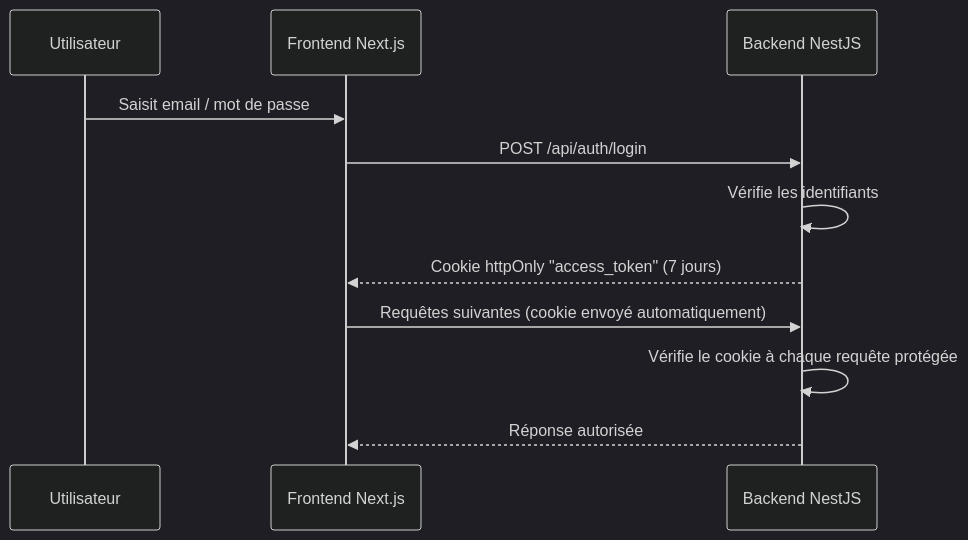
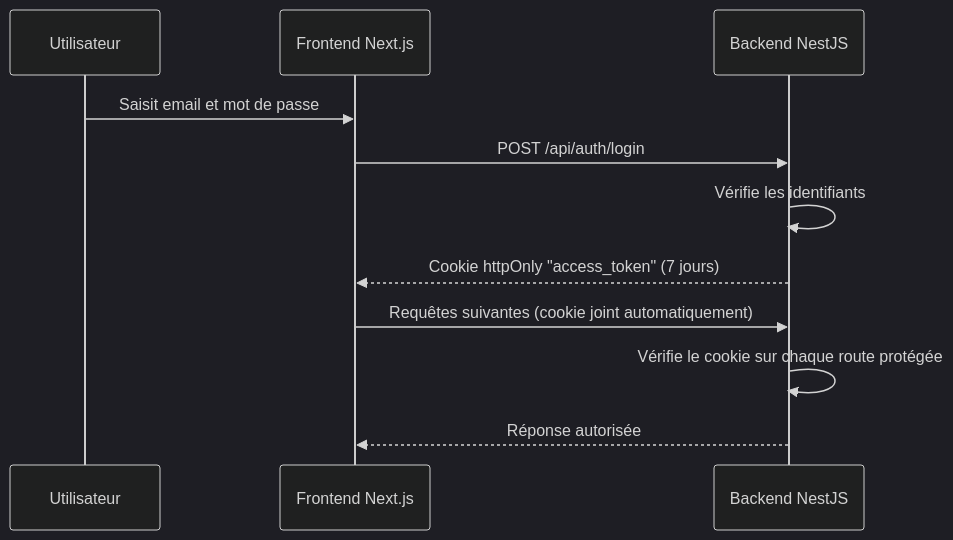
One commit to Dawie33/training-camp changed the diagram in docs/auth-securite.md. Above: the diagram before and after it, drawn with Mermaid (dark theme). The commit also changed other lines of this file and 8 other files, not shown here.

````diff
--- a/docs/auth-securite.md
+++ b/docs/auth-securite.md
@@ -9,14 +7,14 @@
 ```mermaid
 sequenceDiagram
     participant U as Utilisateur
     participant F as Frontend Next.js
     participant B as Backend NestJS
 
-    U->>F: Saisit email / mot de passe
+    U->>F: Saisit email et mot de passe
     F->>B: POST /api/auth/login
     B->>B: Vérifie les identifiants
     B-->>F: Cookie httpOnly "access_token" (7 jours)
-    F->>B: Requêtes suivantes (cookie envoyé automatiquement)
-    B->>B: Vérifie le cookie à chaque requête protégée
+    F->>B: Requêtes suivantes (cookie joint automatiquement)
+    B->>B: Vérifie le cookie sur chaque route protégée
     B-->>F: Réponse autorisée
 ```
````
